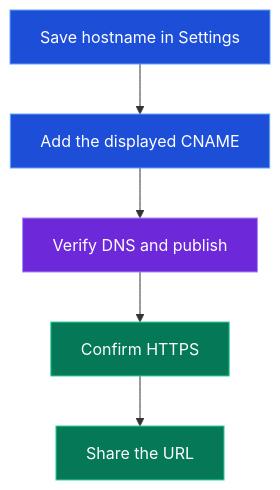
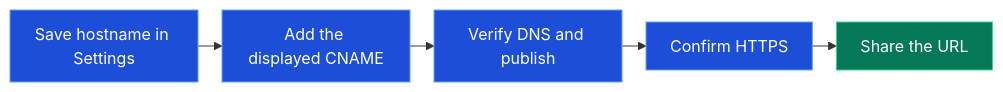
One commit to supercheck-io/supercheck changed the third of 3 diagrams in docs/content/docs/app/communicate/status-pages.mdx. Above: the diagram before and after it, drawn with Mermaid. The commit also changed other lines of this file and 5 other files, not shown here.

````diff
--- a/docs/content/docs/app/communicate/status-pages.mdx
+++ b/docs/content/docs/app/communicate/status-pages.mdx
@@ -403,14 +420,13 @@
 ```mermaid
-flowchart TB
+%%{init: {"flowchart":{"nodeSpacing":20,"rankSpacing":24,"padding":12,"wrappingWidth":140}}}%%
+flowchart LR
     Domain[Save hostname in Settings] --> DNS[Add the displayed CNAME]
     DNS --> Verify[Verify DNS and publish]
     Verify --> HTTPS[Confirm HTTPS]
     HTTPS --> Share[Share the URL]
 
     classDef action fill:#1d4ed8,stroke:#60a5fa,color:#fff
-    classDef choice fill:#6d28d9,stroke:#a78bfa,color:#fff
-    classDef success fill:#047857,stroke:#34d399,color:#fff
-    class Domain,DNS action
-    class Verify choice
-    class HTTPS,Share success
+    classDef complete fill:#047857,stroke:#34d399,color:#fff
+    class Domain,DNS,Verify,HTTPS action
+    class Share complete
 ```
````
